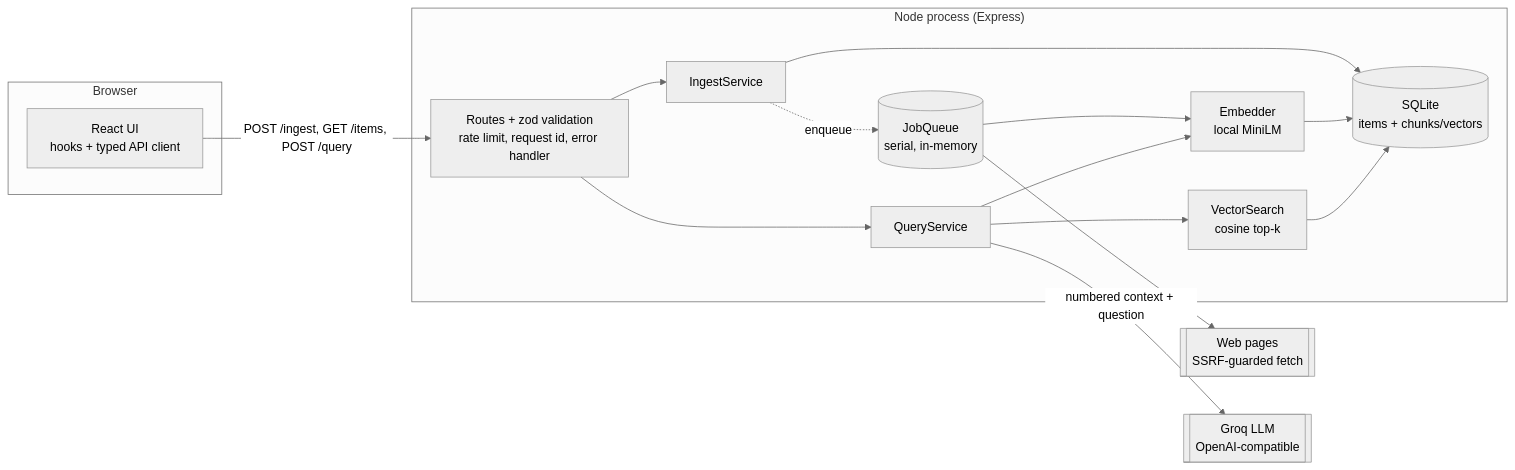
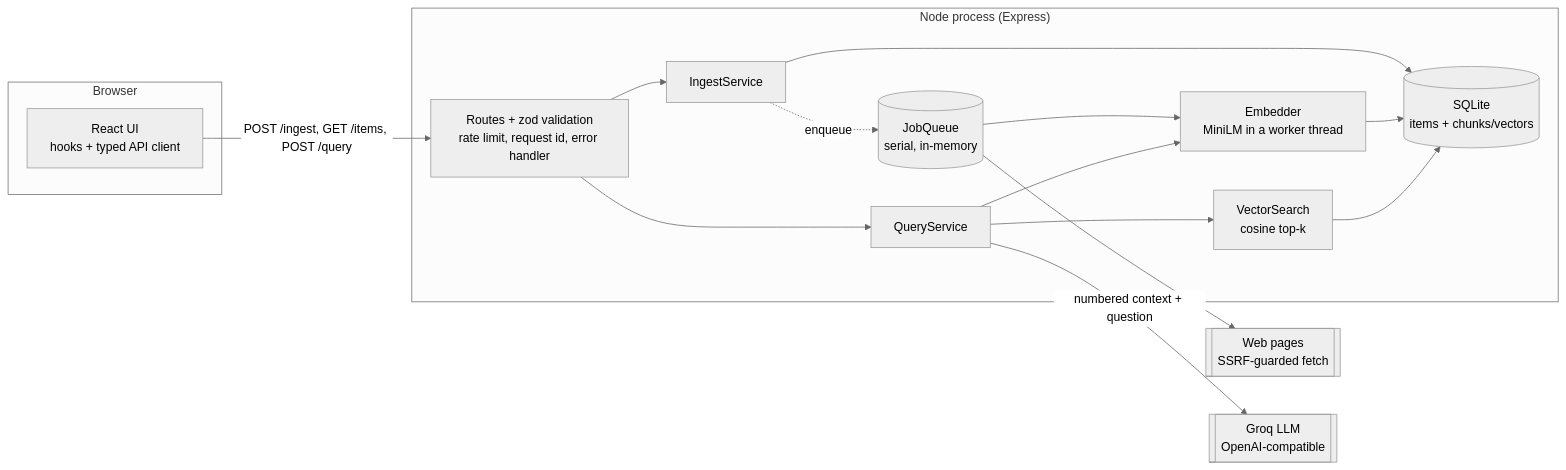
One commit to lokesh9999b/ai-knowledge-inbox changed the first of 3 diagrams in docs/architecture/system-design.md. Above: the diagram before and after it, drawn with Mermaid (neutral theme). The commit also changed other lines of this file and 21 other files, not shown here.

First line of the commit message:
perf: run embeddings in a worker thread; surface provider rate limits as 429 (#13)

````diff
--- a/docs/architecture/system-design.md
+++ b/docs/architecture/system-design.md
@@ -19,25 +19,25 @@
 ```mermaid
 flowchart LR
   subgraph Browser
     UI[React UI<br/>hooks + typed API client]
   end
   subgraph "Node process (Express)"
     R[Routes + zod validation<br/>rate limit, request id, error handler]
     I[IngestService]
     Q[QueryService]
     JQ[(JobQueue<br/>serial, in-memory)]
-    E[Embedder<br/>local MiniLM]
+    E[Embedder<br/>MiniLM in a worker thread]
     VS[VectorSearch<br/>cosine top-k]
     DB[(SQLite<br/>items + chunks/vectors)]
   end
   W[[Web pages<br/>SSRF-guarded fetch]]
   G[[Groq LLM<br/>OpenAI-compatible]]
 
   UI -- "POST /ingest, GET /items, POST /query" --> R
   R --> I --> DB
   I -. enqueue .-> JQ --> W
   JQ --> E --> DB
   R --> Q --> VS --> DB
   Q --> E
   Q -- "numbered context + question" --> G
 ```
````
